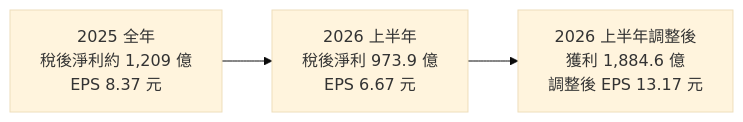
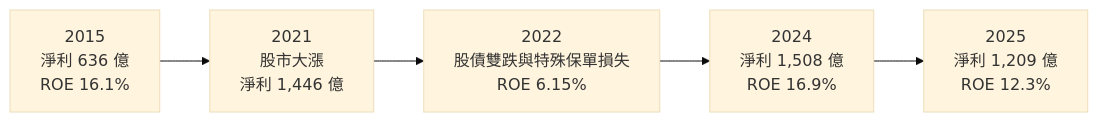
One commit to wangnick1004/taiwan-stock-vault changed the third of 4 diagrams in 個股/台股/2881富邦金.md. Above: the diagram before and after it, drawn with Mermaid (base theme). The commit also changed other lines of this file and 12 other files, not shown here.

````diff
--- a/個股/台股/2881富邦金.md
+++ b/個股/台股/2881富邦金.md
@@ -153,4 +147,4 @@
 ```mermaid
 flowchart LR
-    Y["2025 全年<br/>稅後淨利約 1,209 億<br/>EPS 8.37 元"] --> H1["2026 上半年<br/>稅後淨利 973.9 億<br/>EPS 6.67 元"] --> ADJ["2026 上半年調整後<br/>獲利 1,884.6 億<br/>調整後 EPS 13.17 元"]
+    Y15["2015<br/>淨利 636 億<br/>ROE 16.1%"] --> Y21["2021<br/>股市大漲<br/>淨利 1,446 億"] --> Y22["2022<br/>股債雙跌與特殊保單損失<br/>ROE 6.15%"] --> Y24["2024<br/>淨利 1,508 億<br/>ROE 16.9%"] --> Y25["2025<br/>淨利 1,209 億<br/>ROE 12.3%"]
 ```
````
